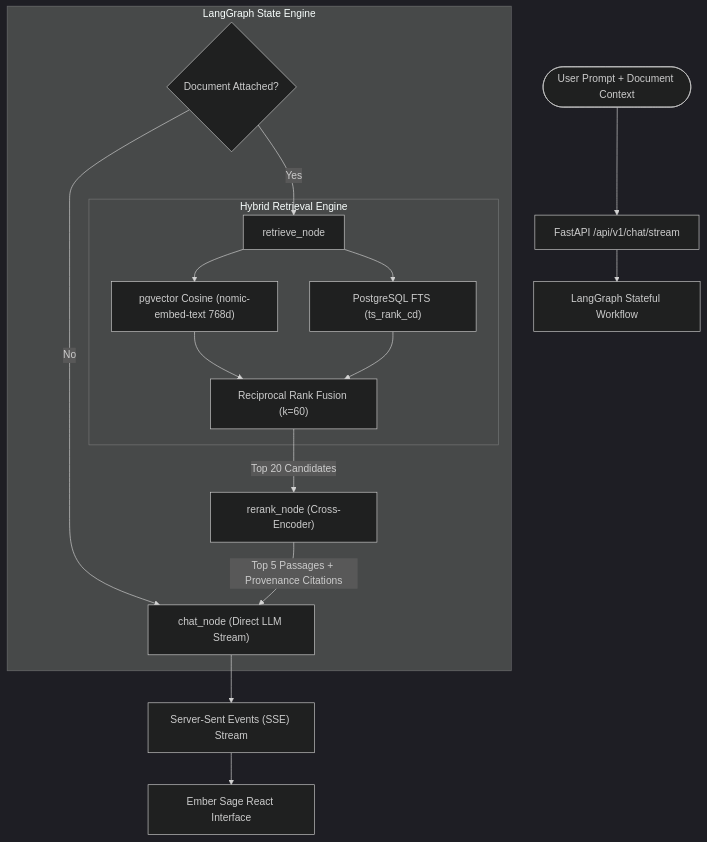
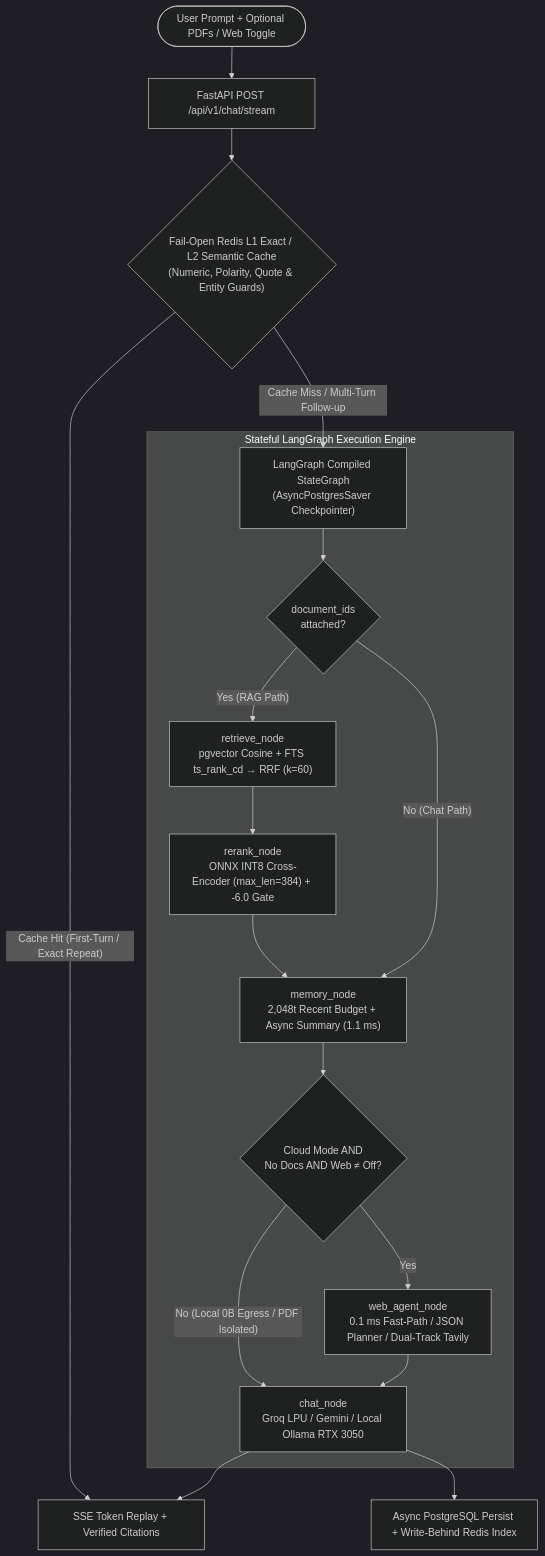
Before and after one commit to gpranit16/tark_studio: the diagram in README.md, drawn with Mermaid (dark theme). The commit also changed other lines of this file and 7 other files, not shown here.

````diff
--- a/README.md
+++ b/README.md
@@ -56,24 +97,24 @@
 ```mermaid
 flowchart TD
-    User([User Prompt + Document Context]) --> API["FastAPI /api/v1/chat/stream"]
-    API --> LangGraph["LangGraph Stateful Workflow"]
+    User(["User Prompt + Optional PDFs / Web Toggle"]) --> API["FastAPI POST /api/v1/chat/stream"]
 
-    subgraph StateGraph [LangGraph State Engine]
-        Route{"Document Attached?"}
-        Route -->|No| ChatNode["chat_node (Direct LLM Stream)"]
-        Route -->|Yes| RetrieveNode["retrieve_node"]
+    API --> CacheCheck{"Fail-Open Redis L1 Exact / L2 Semantic Cache\n(Numeric, Polarity, Quote & Entity Guards)"}
+    CacheCheck -- "Cache Hit (First-Turn / Exact Repeat)" --> SSEOut["SSE Token Replay + Verified Citations"]
+    CacheCheck -- "Cache Miss / Multi-Turn Follow-up" --> GraphStart["LangGraph Compiled StateGraph\n(AsyncPostgresSaver Checkpointer)"]
 
-        subgraph HybridRAG [Hybrid Retrieval Engine]
-            RetrieveNode --> Dense["pgvector Cosine (nomic-embed-text 768d)"]
-            RetrieveNode --> Sparse["PostgreSQL FTS (ts_rank_cd)"]
-            Dense --> RRF["Reciprocal Rank Fusion (k=60)"]
-            Sparse --> RRF
-        end
+    subgraph LangGraph ["Stateful LangGraph Execution Engine"]
+        GraphStart --> RouteStart{"document_ids\nattached?"}
+        RouteStart -- "Yes (RAG Path)" --> Retrieve["retrieve_node\npgvector Cosine + FTS ts_rank_cd → RRF (k=60)"]
+        Retrieve --> Rerank["rerank_node\nONNX INT8 Cross-Encoder (max_len=384) + -6.0 Gate"]
+        Rerank --> Memory["memory_node\n2,048t Recent Budget + Async Summary (1.1 ms)"]
+        RouteStart -- "No (Chat Path)" --> Memory
 
-        RRF -->|Top 20 Candidates| RerankNode["rerank_node (Cross-Encoder)"]
-        RerankNode -->|Top 5 Passages + Provenance Citations| ChatNode
+        Memory --> RoutePost{"Cloud Mode AND\nNo Docs AND Web ≠ Off?"}
+        RoutePost -- "Yes" --> WebAgent["web_agent_node\n0.1 ms Fast-Path / JSON Planner / Dual-Track Tavily"]
+        RoutePost -- "No (Local 0B Egress / PDF Isolated)" --> ChatNode["chat_node\nGroq LPU / Gemini / Local Ollama RTX 3050"]
+        WebAgent --> ChatNode
     end
 
-    ChatNode --> SSE["Server-Sent Events (SSE) Stream"]
-    SSE --> UI["Ember Sage React Interface"]
+    ChatNode --> Persist["Async PostgreSQL Persist + Write-Behind Redis Index"]
+    ChatNode --> SSEOut
 ```
````
